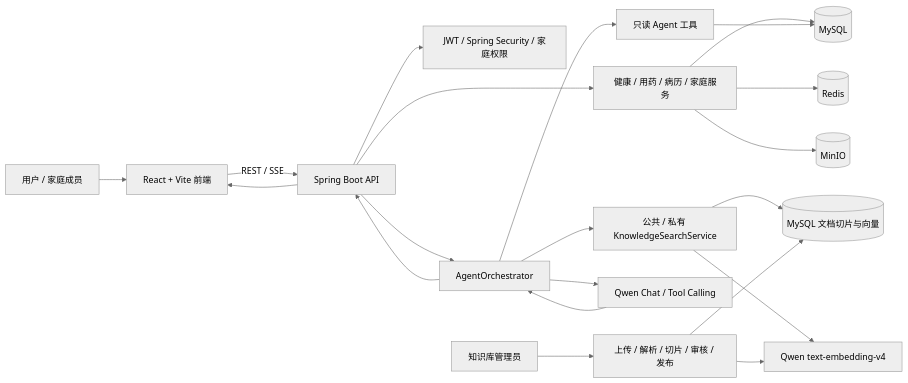
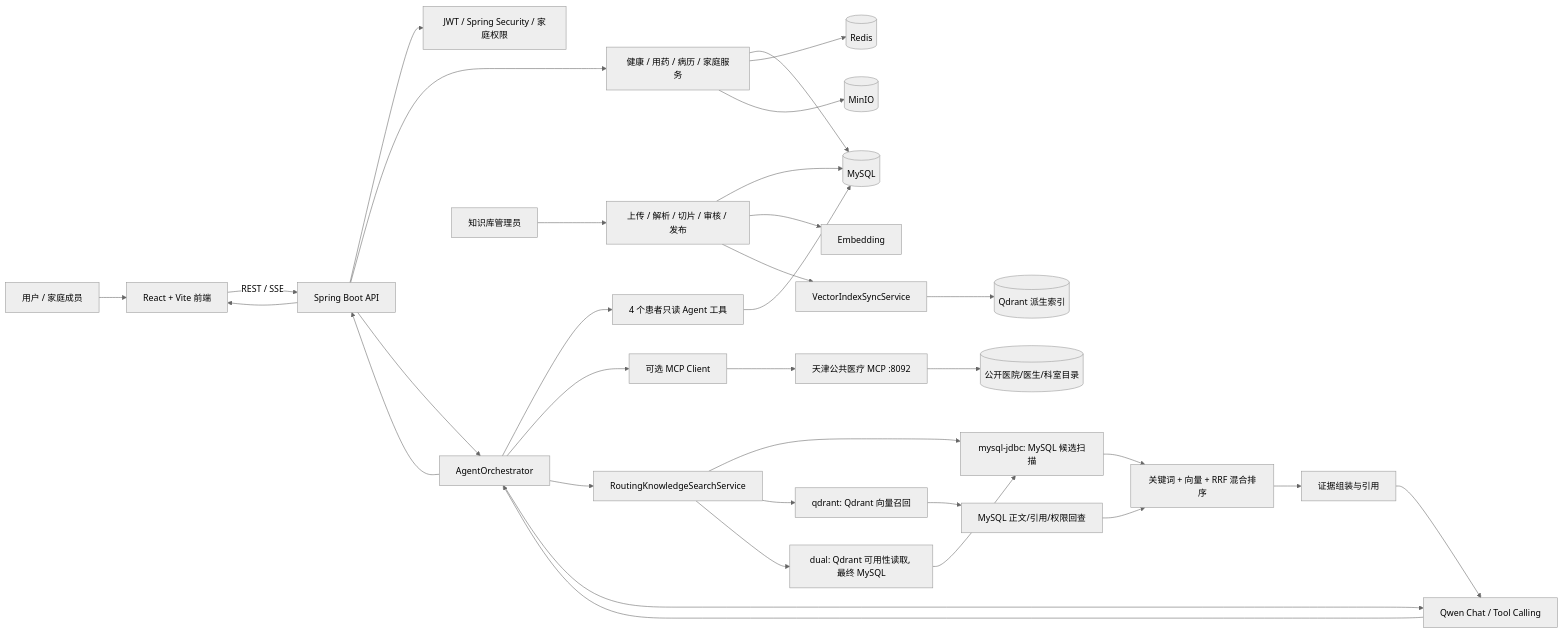
Before and after one commit to Eg0-11/kangban: the diagram in README.md, drawn with Mermaid (neutral theme). The commit also changed other lines of this file and 82 other files, not shown here.

Commit message:
feat: complete agent rag and medical mcp integration

````diff
--- a/README.md
+++ b/README.md
@@ -24,23 +25,35 @@
 ```mermaid
 flowchart LR
     U[用户 / 家庭成员] --> FE[React + Vite 前端]
     FE -->|REST / SSE| API[Spring Boot API]
     API --> SEC[JWT / Spring Security / 家庭权限]
     API --> DOMAIN[健康 / 用药 / 病历 / 家庭服务]
     DOMAIN --> DB[(MySQL)]
     DOMAIN --> REDIS[(Redis)]
     DOMAIN --> OBJ[(MinIO)]
     API --> ORCH[AgentOrchestrator]
-    ORCH --> TOOLS[只读 Agent 工具]
+    ORCH --> TOOLS[4 个患者只读 Agent 工具]
     TOOLS --> DB
-    ORCH --> RAG[公共 / 私有 KnowledgeSearchService]
-    RAG --> CHUNKS[(MySQL 文档切片与向量)]
-    RAG --> EMB[Qwen text-embedding-v4]
+    ORCH --> MCPCLIENT[可选 MCP Client]
+    MCPCLIENT --> MCP[天津公共医疗 MCP :8092]
+    MCP --> CATALOG[(公开医院/医生/科室目录)]
+    ORCH --> ROUTER[RoutingKnowledgeSearchService]
+    ROUTER --> MYSQLRAG[mysql-jdbc: MySQL 候选扫描]
+    ROUTER --> QDRANTRAG[qdrant: Qdrant 向量召回]
+    ROUTER --> DUAL[dual: Qdrant 可用性读取, 最终 MySQL]
+    QDRANTRAG --> MYSQLBACK[MySQL 正文/引用/权限回查]
+    MYSQLRAG --> RANK[关键词 + 向量 + RRF 混合排序]
+    MYSQLBACK --> RANK
+    DUAL --> MYSQLRAG
+    RANK --> EVIDENCE[证据组装与引用]
     ORCH --> LLM[Qwen Chat / Tool Calling]
+    EVIDENCE --> LLM
     LLM --> ORCH
     ORCH --> API
     API --> FE
     ADMIN[知识库管理员] --> INGEST[上传 / 解析 / 切片 / 审核 / 发布]
-    INGEST --> CHUNKS
-    INGEST --> EMB
+    INGEST --> DB
+    INGEST --> EMB[Embedding]
+    INGEST --> SYNC[VectorIndexSyncService]
+    SYNC --> QDRANT[(Qdrant 派生索引)]
 ```
````
